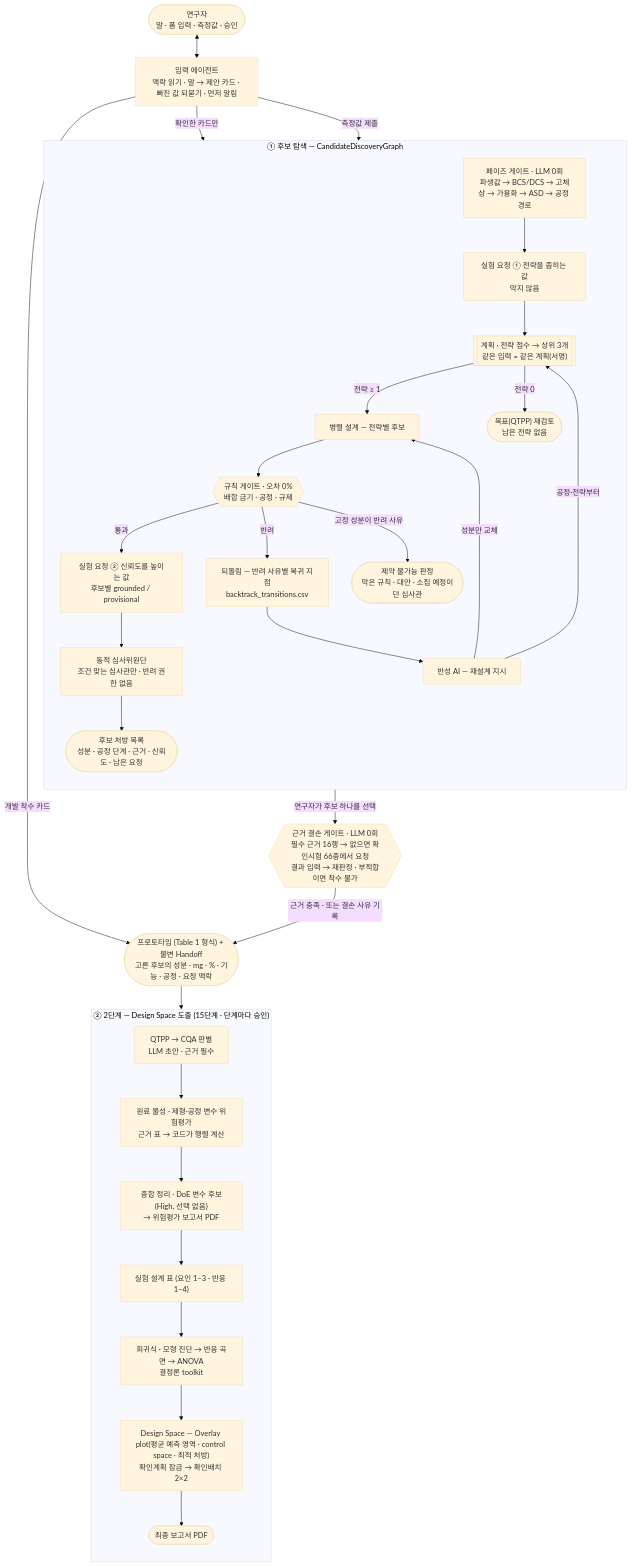
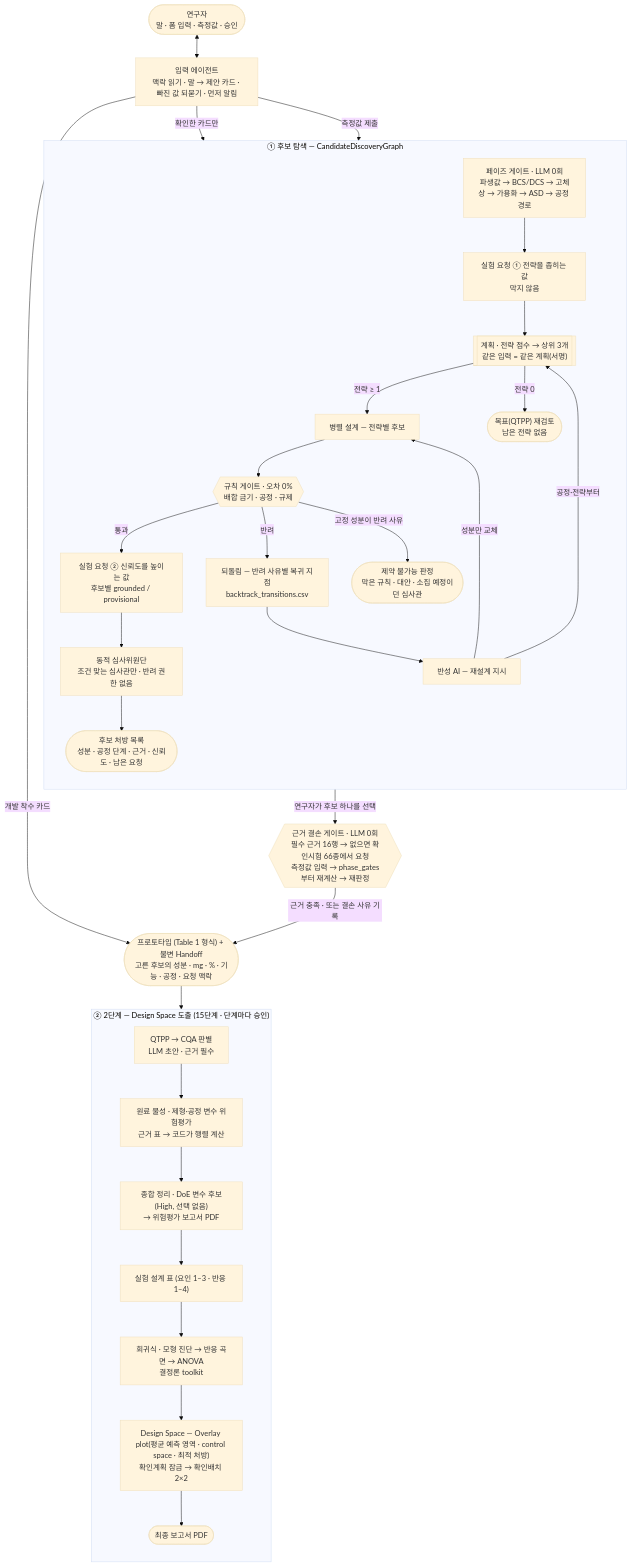
One commit to zihwaan/formula1-qbd changed the diagram in README.md. Above: the diagram before and after it, drawn with Mermaid (base theme). The commit also changed other lines of this file and 13 other files, not shown here.

First line of the commit message:
근거 결손 게이트: 적합/부적합 선택 삭제 — 측정값을 넣으면 phase_gates부터 재계산

````diff
--- a/README.md
+++ b/README.md
@@ -91,50 +91,50 @@
 ```mermaid
 flowchart TB
     U(["연구자<br/>말 · 폼 입력 · 측정값 · 승인"])
     IA["입력 에이전트<br/>맥락 읽기 · 말 → 제안 카드 · 빠진 값 되묻기 · 먼저 알림"]
 
     subgraph D["① 후보 탐색 — CandidateDiscoveryGraph"]
         direction TB
         PG["페이즈 게이트 · LLM 0회<br/>파생값 → BCS/DCS → 고체상 → 가용화 → ASD → 공정 경로"]
         DN["실험 요청 ① 전략을 좁히는 값<br/>막지 않음"]
         PL[["계획 · 전략 점수 → 상위 3개<br/>같은 입력 = 같은 계획(서명)"]]
         G["병렬 설계 — 전략별 후보"]
         R{{"규칙 게이트 · 오차 0%<br/>배합 금기 · 공정 · 규제"}}
         DR["실험 요청 ② 신뢰도를 높이는 값<br/>후보별 grounded / provisional"]
         J["동적 심사위원단<br/>조건 맞는 심사관만 · 반려 권한 없음"]
         C(["후보 처방 목록<br/>성분 · 공정 단계 · 근거 · 신뢰도 · 남은 요청"])
         BT["되돌림 — 반려 사유별 복귀 지점<br/>backtrack_transitions.csv"]
         RF["반성 AI — 재설계 지시"]
         Q(["목표(QTPP) 재검토<br/>남은 전략 없음"])
         INF(["제약 불가능 판정<br/>막은 규칙 · 대안 · 소집 예정이던 심사관"])
         PG --> DN --> PL
         PL -->|전략 ≥ 1| G --> R
         PL -->|전략 0| Q
         R -->|통과| DR --> J --> C
         R -->|반려| BT --> RF
         RF -->|성분만 교체| G
         RF -->|공정·전략부터| PL
         R -->|고정 성분이 반려 사유| INF
     end
 
-    EV{{"근거 결손 게이트 · LLM 0회<br/>필수 근거 16행 → 없으면 확인시험 66종에서 요청<br/>결과 입력 → 재판정 · 부적합이면 착수 불가"}}
+    EV{{"근거 결손 게이트 · LLM 0회<br/>필수 근거 16행 → 없으면 확인시험 66종에서 요청<br/>측정값 입력 → phase_gates부터 재계산 → 재판정"}}
     H(["프로토타입 (Table 1 형식) + 불변 Handoff<br/>고른 후보의 성분 · mg · % · 기능 · 공정 · 요청 맥락"])
 
     subgraph E["② 2단계 — Design Space 도출 (15단계 · 단계마다 승인)"]
         direction TB
         E1["QTPP → CQA 판별<br/>LLM 초안 · 근거 필수"]
         E2["원료 물성 · 제형·공정 변수 위험평가<br/>근거 표 → 코드가 행렬 계산"]
         E3["종합 정리 · DoE 변수 후보(High, 선택 없음)<br/>→ 위험평가 보고서 PDF"]
         E4["실험 설계 표 (요인 1–3 · 반응 1–4)"]
         E5["회귀식 · 모형 진단 → 반응 곡면 → ANOVA<br/>결정론 toolkit"]
         E6["Design Space — Overlay plot(평균 예측 영역 · control space · 최적 처방)<br/>확인계획 잠금 → 확인배치 2×2"]
         V(["최종 보고서 PDF"])
         E1 --> E2 --> E3 --> E4 --> E5 --> E6 --> V
     end
 
     U <--> IA
     IA -->|확인한 카드만| PG
     IA -->|측정값 제출| DR
     IA -->|개발 착수 카드| H
     C -->|연구자가 후보 하나를 선택| EV -->|근거 충족 · 또는 결손 사유 기록| H --> E1
 ```
````
